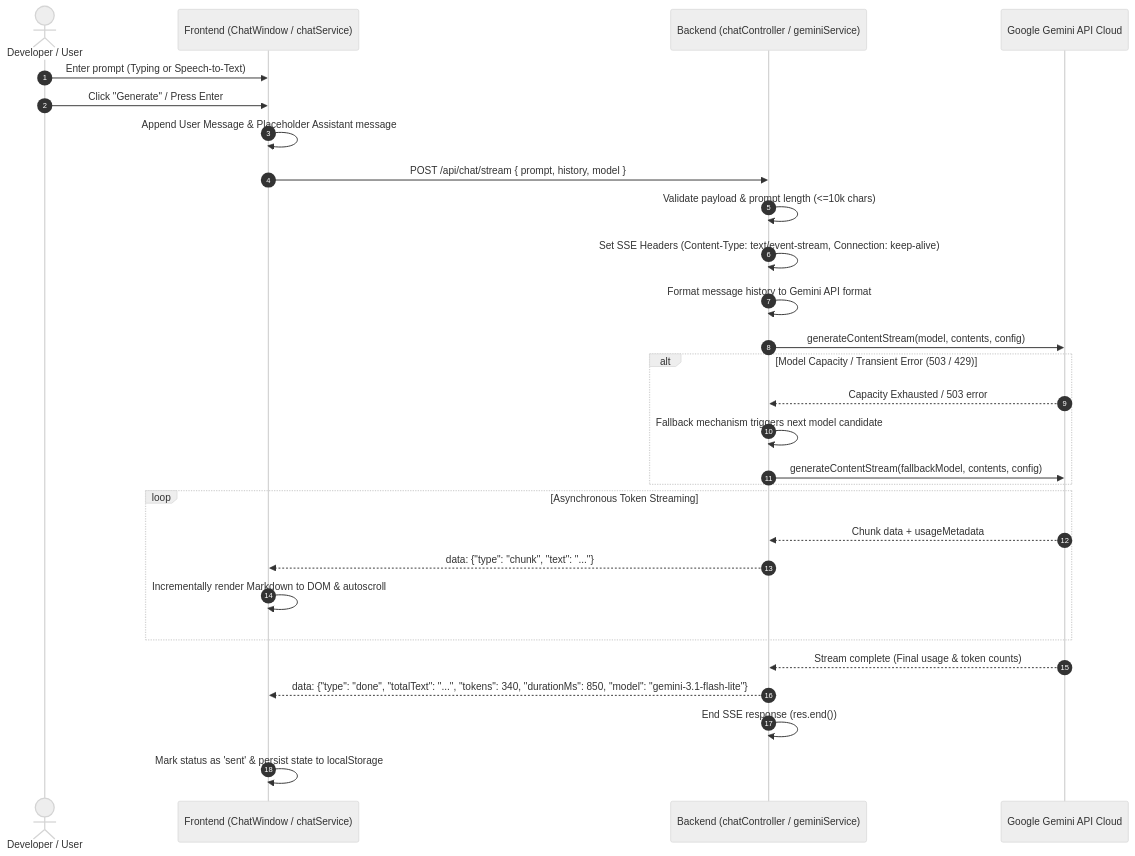
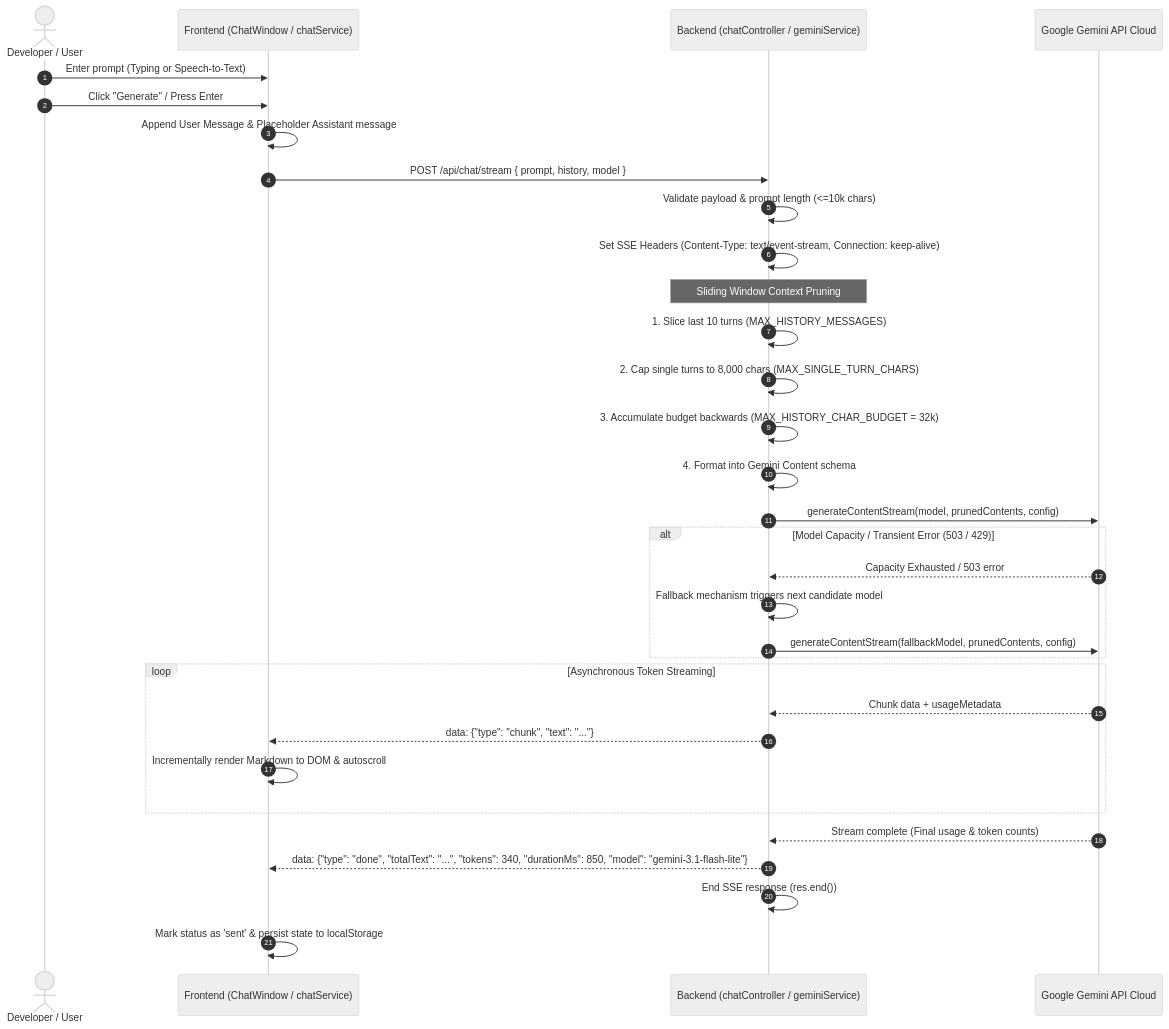
Before and after one commit to vikas-kalel/Dev-AI: the second of 2 diagrams in docs/architecture-v1.md, drawn with Mermaid (neutral theme). The commit also changed other lines of this file and 5 other files, not shown here.

Commit message:
docs: update architecture-v1 doc with sliding window guardrails and remove unused ask endpoint

````diff
--- a/docs/architecture-v1.md
+++ b/docs/architecture-v1.md
@@ -70,36 +77,41 @@
 ```mermaid
 sequenceDiagram
     autonumber
     actor User as Developer / User
     participant Frontend as Frontend (ChatWindow / chatService)
     participant Backend as Backend (chatController / geminiService)
     participant Gemini as Google Gemini API Cloud
 
     User->>Frontend: Enter prompt (Typing or Speech-to-Text)
     User->>Frontend: Click "Generate" / Press Enter
     Frontend->>Frontend: Append User Message & Placeholder Assistant message
     Frontend->>Backend: POST /api/chat/stream { prompt, history, model }
     
     Backend->>Backend: Validate payload & prompt length (<=10k chars)
     Backend->>Backend: Set SSE Headers (Content-Type: text/event-stream, Connection: keep-alive)
-    Backend->>Backend: Format message history to Gemini API format
     
-    Backend->>Gemini: generateContentStream(model, contents, config)
+    Note over Backend: Sliding Window Context Pruning
+    Backend->>Backend: 1. Slice last 10 turns (MAX_HISTORY_MESSAGES)
+    Backend->>Backend: 2. Cap single turns to 8,000 chars (MAX_SINGLE_TURN_CHARS)
+    Backend->>Backend: 3. Accumulate budget backwards (MAX_HISTORY_CHAR_BUDGET = 32k)
+    Backend->>Backend: 4. Format into Gemini Content schema
+    
+    Backend->>Gemini: generateContentStream(model, prunedContents, config)
     
     alt Model Capacity / Transient Error (503 / 429)
         Gemini-->>Backend: Capacity Exhausted / 503 error
-        Backend->>Backend: Fallback mechanism triggers next model candidate
-        Backend->>Gemini: generateContentStream(fallbackModel, contents, config)
+        Backend->>Backend: Fallback mechanism triggers next candidate model
+        Backend->>Gemini: generateContentStream(fallbackModel, prunedContents, config)
     end
 
     loop Asynchronous Token Streaming
         Gemini-->>Backend: Chunk data + usageMetadata
         Backend-->>Frontend: data: {"type": "chunk", "text": "..."}
         Frontend->>Frontend: Incrementally render Markdown to DOM & autoscroll
     end
 
     Gemini-->>Backend: Stream complete (Final usage & token counts)
     Backend-->>Frontend: data: {"type": "done", "totalText": "...", "tokens": 340, "durationMs": 850, "model": "gemini-3.1-flash-lite"}
     Backend->>Backend: End SSE response (res.end())
     Frontend->>Frontend: Mark status as 'sent' & persist state to localStorage
 ```
````
